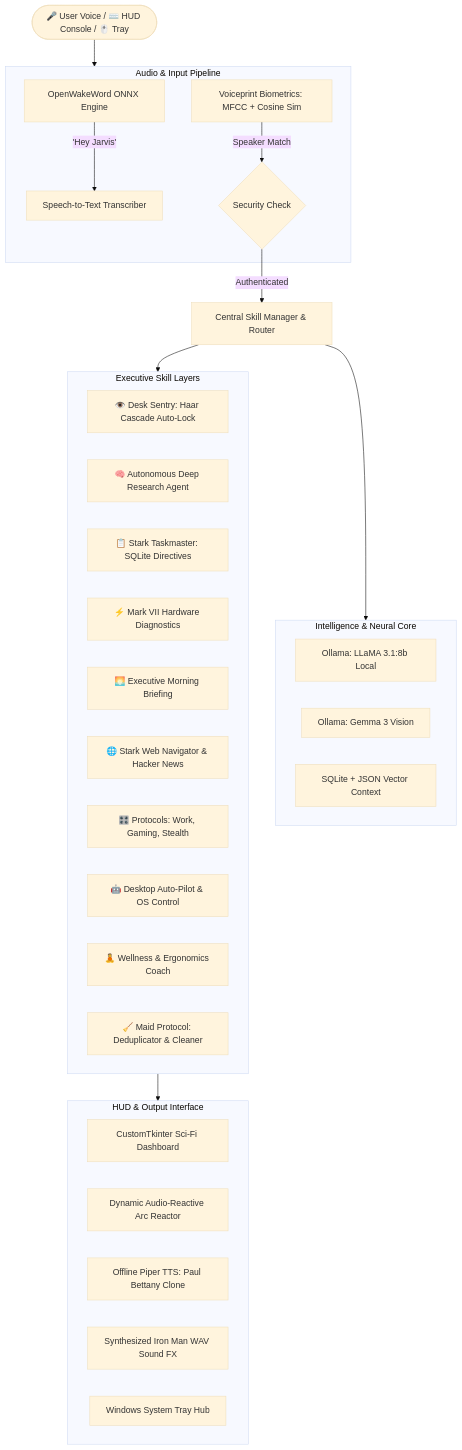
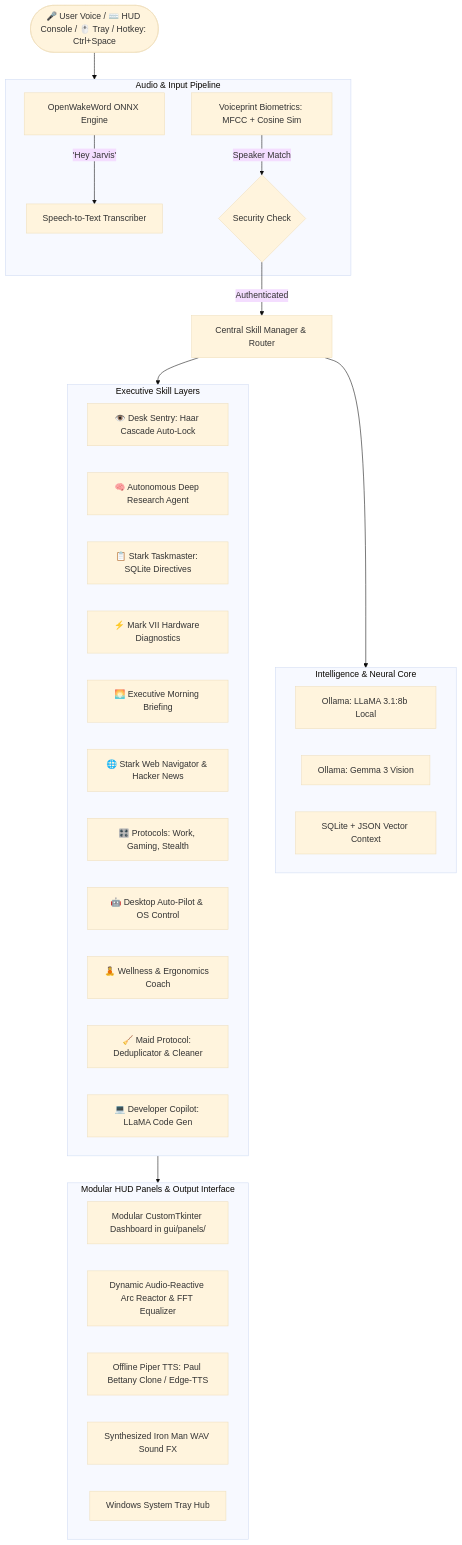
The diagram in README.md (Pothinasreeram/Jarvis), drawn with Mermaid (base theme) before and after one commit. The commit also changed other lines of this file and 7 other files, not shown here.

````diff
--- a/README.md
+++ b/README.md
@@ -23,43 +22,44 @@
 ```mermaid
 graph TD
-    User([🎤 User Voice / ⌨️ HUD Console / 🖱️ Tray]) --> AudioPipeline[Voice & Audio Pipeline]
+    User([🎤 User Voice / ⌨️ HUD Console / 🖱️ Tray / Hotkey: Ctrl+Space]) --> AudioPipeline[Voice & Audio Pipeline]
     
     subgraph AudioPipeline [Audio & Input Pipeline]
         OWW[OpenWakeWord ONNX Engine] --> |'Hey Jarvis'| STT[Speech-to-Text Transcriber]
         VP[Voiceprint Biometrics: MFCC + Cosine Sim] --> |Speaker Match| Gatekeeper{Security Check}
     end
 
     Gatekeeper --> |Authenticated| CoreRouter[Central Skill Manager & Router]
 
     subgraph IntelligenceCore [Intelligence & Neural Core]
         LLM[Ollama: LLaMA 3.1:8b Local]
         VisionLLM[Ollama: Gemma 3 Vision]
         Memory[SQLite + JSON Vector Context]
     end
 
     CoreRouter --> IntelligenceCore
     CoreRouter --> ExecutiveSkills[41 Modular Voice Skills]
 
     subgraph ExecutiveSkills [Executive Skill Layers]
         Sentry[👁️ Desk Sentry: Haar Cascade Auto-Lock]
         Research[🧠 Autonomous Deep Research Agent]
         Taskmaster[📋 Stark Taskmaster: SQLite Directives]
         Diagnostics[⚡ Mark VII Hardware Diagnostics]
         Briefing[🌅 Executive Morning Briefing]
         WebNav[🌐 Stark Web Navigator & Hacker News]
         Protocols[🎛️ Protocols: Work, Gaming, Stealth]
         AutoPilot[🤖 Desktop Auto-Pilot & OS Control]
         Wellness[🧘 Wellness & Ergonomics Coach]
         Maid[🧹 Maid Protocol: Deduplicator & Cleaner]
+        CodingCopilot[💻 Developer Copilot: LLaMA Code Gen]
     end
 
-    ExecutiveSkills --> FeedbackLoop[Iron Man Audio & Visual Telemetry]
+    ExecutiveSkills --> FeedbackLoop[HUD Telemetry & Audio Dispatch]
     
-    subgraph FeedbackLoop [HUD & Output Interface]
-        HUD[CustomTkinter Sci-Fi Dashboard]
-        ArcReactor[Dynamic Audio-Reactive Arc Reactor]
-        PiperTTS[Offline Piper TTS: Paul Bettany Clone]
+    subgraph FeedbackLoop [Modular HUD Panels & Output Interface]
+        HUD[Modular CustomTkinter Dashboard in gui/panels/]
+        ArcReactor[Dynamic Audio-Reactive Arc Reactor & FFT Equalizer]
+        PiperTTS[Offline Piper TTS: Paul Bettany Clone / Edge-TTS]
         SoundFX[Synthesized Iron Man WAV Sound FX]
         Tray[Windows System Tray Hub]
     end
 ```
````
